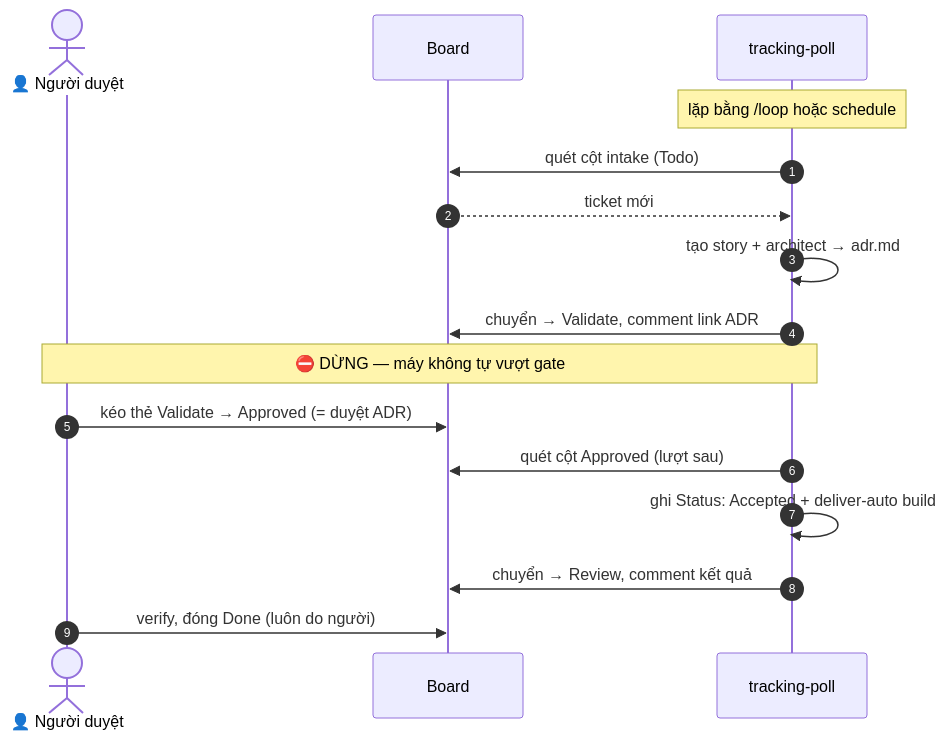
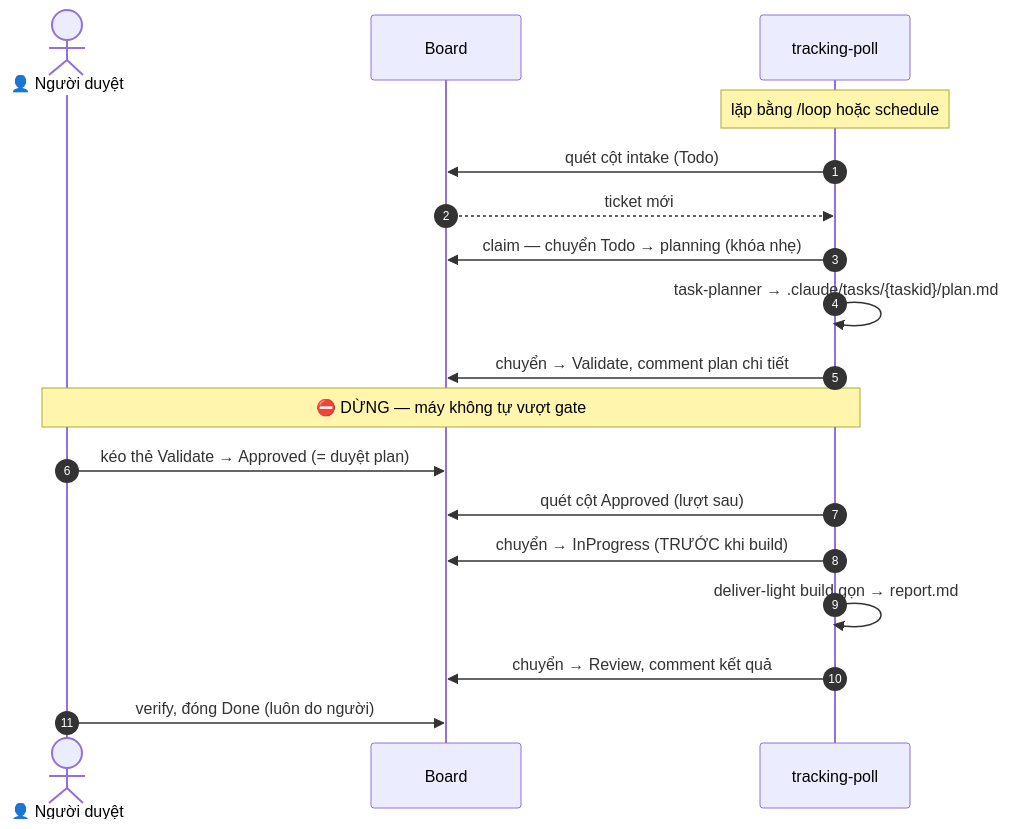
Before and after one commit to minhhv08/msdlc: the fifth of 5 diagrams in README.md, drawn with Mermaid. The commit also changed other lines of this file and 8 other files, not shown here.

First line of the commit message:
feat: luồng board nhẹ — claim + task-planner + deliver-light (0.5.0)

````diff
--- a/README.md
+++ b/README.md
@@ -248,19 +257,21 @@
 ```mermaid
 sequenceDiagram
     autonumber
     actor H as 👤 Người duyệt
     participant B as Board
     participant P as tracking-poll
 
     Note over P: lặp bằng /loop hoặc schedule
     P->>B: quét cột intake (Todo)
     B-->>P: ticket mới
-    P->>P: tạo story + architect → adr.md
-    P->>B: chuyển → Validate, comment link ADR
+    P->>B: claim — chuyển Todo → planning (khóa nhẹ)
+    P->>P: task-planner → .claude/tasks/{taskid}/plan.md
+    P->>B: chuyển → Validate, comment plan chi tiết
     Note over H,P: ⛔ DỪNG — máy không tự vượt gate
-    H->>B: kéo thẻ Validate → Approved (= duyệt ADR)
+    H->>B: kéo thẻ Validate → Approved (= duyệt plan)
     P->>B: quét cột Approved (lượt sau)
-    P->>P: ghi Status: Accepted + deliver-auto build
+    P->>B: chuyển → InProgress (TRƯỚC khi build)
+    P->>P: deliver-light build gọn → report.md
     P->>B: chuyển → Review, comment kết quả
     H->>B: verify, đóng Done (luôn do người)
 ```
````
